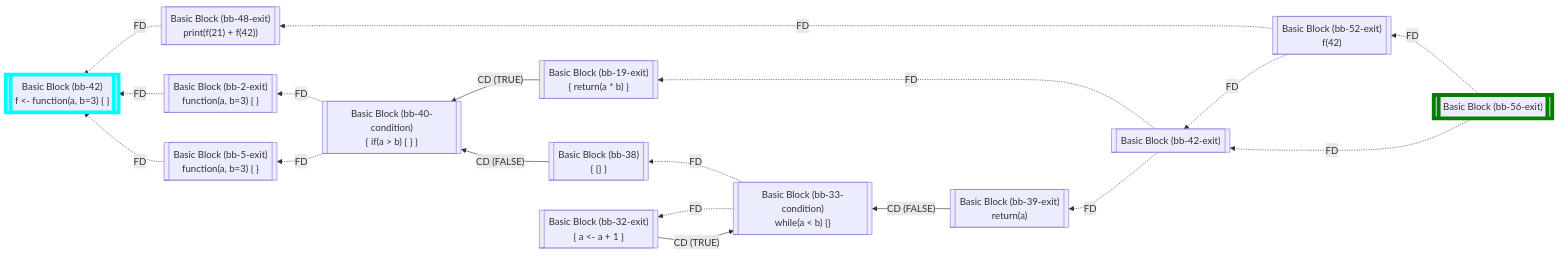
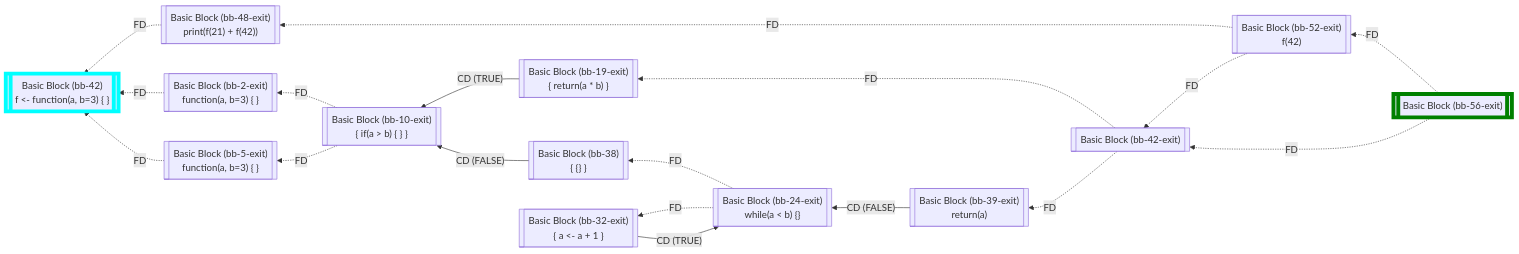
Before and after one commit to flowr-analysis/flowr: diagram 20 of 23 in wiki/Control Flow Graph.md, drawn with Mermaid. The commit also changed other lines of this file and 2 other files, not shown here.

````diff
--- a/wiki/Control Flow Graph.md
+++ b/wiki/Control Flow Graph.md
@@ -1675,47 +1643,47 @@
 ```mermaid
 flowchart RL
     nbb-42-exit[["`Basic Block (bb-42-exit)
 `"]]
     nbb-42[["`Basic Block (bb-42)
 f #60;#45; function(a, b=3) #123; #125;`"]]
-    nbb-40-condition[["`Basic Block (bb-40-condition)
+    nbb-10-exit[["`Basic Block (bb-10-exit)
 #123; if(a #62; b) #123; #125; #125;`"]]
     nbb-19-exit[["`Basic Block (bb-19-exit)
 #123; return(a #42; b) #125;`"]]
     nbb-38[["`Basic Block (bb-38)
 #123; #123;#125; #125;`"]]
-    nbb-33-condition[["`Basic Block (bb-33-condition)
+    nbb-24-exit[["`Basic Block (bb-24-exit)
 while(a #60; b) #123;#125;`"]]
     nbb-32-exit[["`Basic Block (bb-32-exit)
 #123; a #60;#45; a #43; 1 #125;`"]]
     nbb-39-exit[["`Basic Block (bb-39-exit)
 return(a)`"]]
     nbb-2-exit[["`Basic Block (bb-2-exit)
 function(a, b=3) #123; #125;`"]]
     nbb-5-exit[["`Basic Block (bb-5-exit)
 function(a, b=3) #123; #125;`"]]
     nbb-48-exit[["`Basic Block (bb-48-exit)
 print(f(21) #43; f(42))`"]]
     nbb-52-exit[["`Basic Block (bb-52-exit)
 f(42)`"]]
     nbb-56-exit[["`Basic Block (bb-56-exit)
 `"]]
     nbb-42-exit -.->|"FD"| nbb-19-exit
     nbb-42-exit -.->|"FD"| nbb-39-exit
-    nbb-40-condition -.->|"FD"| nbb-2-exit
-    nbb-40-condition -.->|"FD"| nbb-5-exit
-    nbb-19-exit -->|"CD (TRUE)"| nbb-40-condition
-    nbb-38 -->|"CD (FALSE)"| nbb-40-condition
-    nbb-33-condition -.->|"FD"| nbb-38
-    nbb-33-condition -.->|"FD"| nbb-32-exit
-    nbb-32-exit -->|"CD (TRUE)"| nbb-33-condition
-    nbb-39-exit -->|"CD (FALSE)"| nbb-33-condition
+    nbb-10-exit -.->|"FD"| nbb-2-exit
+    nbb-10-exit -.->|"FD"| nbb-5-exit
+    nbb-19-exit -->|"CD (TRUE)"| nbb-10-exit
+    nbb-38 -->|"CD (FALSE)"| nbb-10-exit
+    nbb-24-exit -.->|"FD"| nbb-38
+    nbb-24-exit -.->|"FD"| nbb-32-exit
+    nbb-32-exit -->|"CD (TRUE)"| nbb-24-exit
+    nbb-39-exit -->|"CD (FALSE)"| nbb-24-exit
     nbb-2-exit -.->|"FD"| nbb-42
     nbb-5-exit -.->|"FD"| nbb-42
     nbb-48-exit -.->|"FD"| nbb-42
     nbb-52-exit -.->|"FD"| nbb-48-exit
     nbb-52-exit -.->|"FD"| nbb-42-exit
     nbb-56-exit -.->|"FD"| nbb-52-exit
     nbb-56-exit -.->|"FD"| nbb-42-exit
     style nbb-42 stroke:cyan,stroke-width:6.5px;    style nbb-56-exit stroke:green,stroke-width:6.5px;
 ```
````
